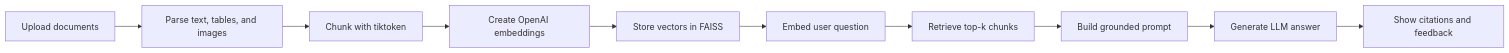
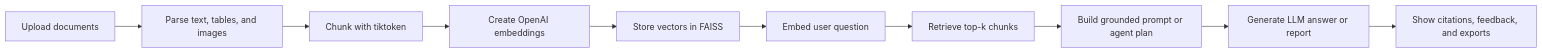
Before and after one commit to AryanHooda-04/Enterprise-RAG: the diagram in README.md, drawn with Mermaid. The commit also changed other lines of this file and 2 other files, not shown here.

Commit message:
Add agentic RAG workflow

````diff
--- a/README.md
+++ b/README.md
@@ -22,12 +22,12 @@
 ```mermaid
 flowchart LR
     A[Upload documents] --> B[Parse text, tables, and images]
     B --> C[Chunk with tiktoken]
     C --> D[Create OpenAI embeddings]
     D --> E[Store vectors in FAISS]
     E --> F[Embed user question]
     F --> G[Retrieve top-k chunks]
-    G --> H[Build grounded prompt]
-    H --> I[Generate LLM answer]
-    I --> J[Show citations and feedback]
+    G --> H[Build grounded prompt or agent plan]
+    H --> I[Generate LLM answer or report]
+    I --> J[Show citations, feedback, and exports]
 ```
````
